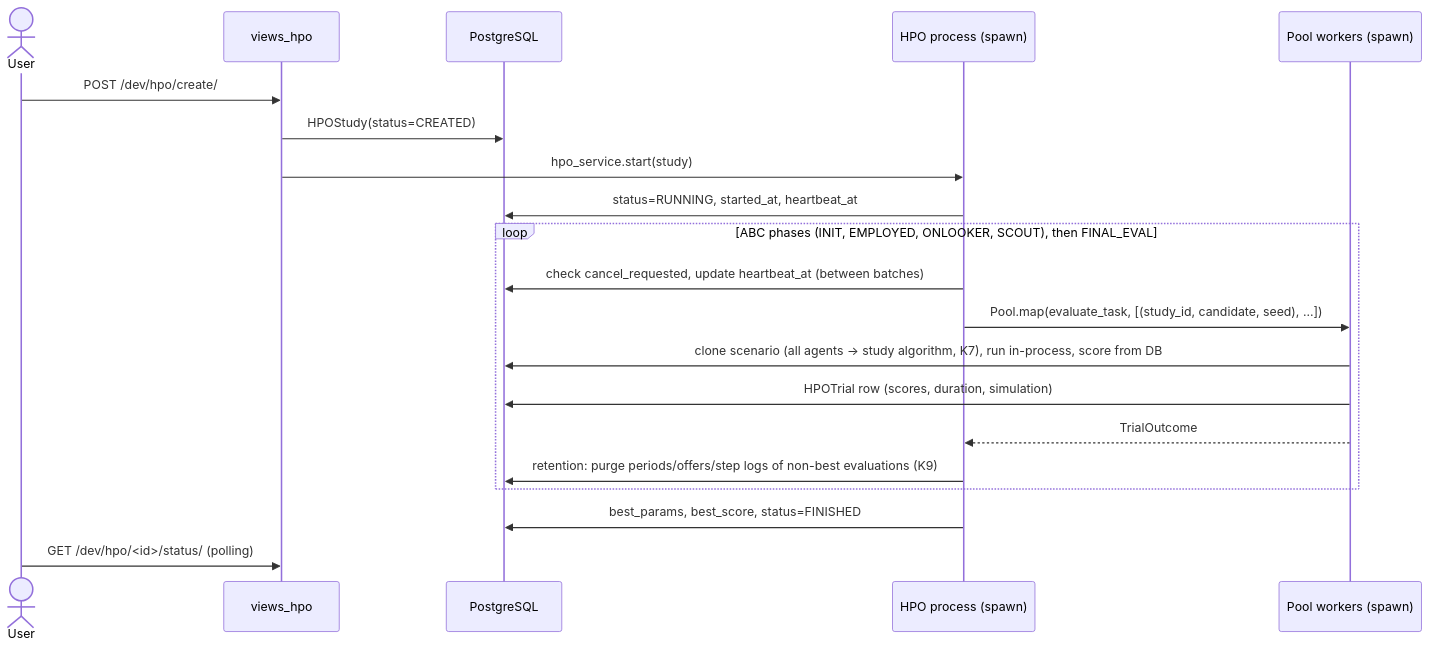
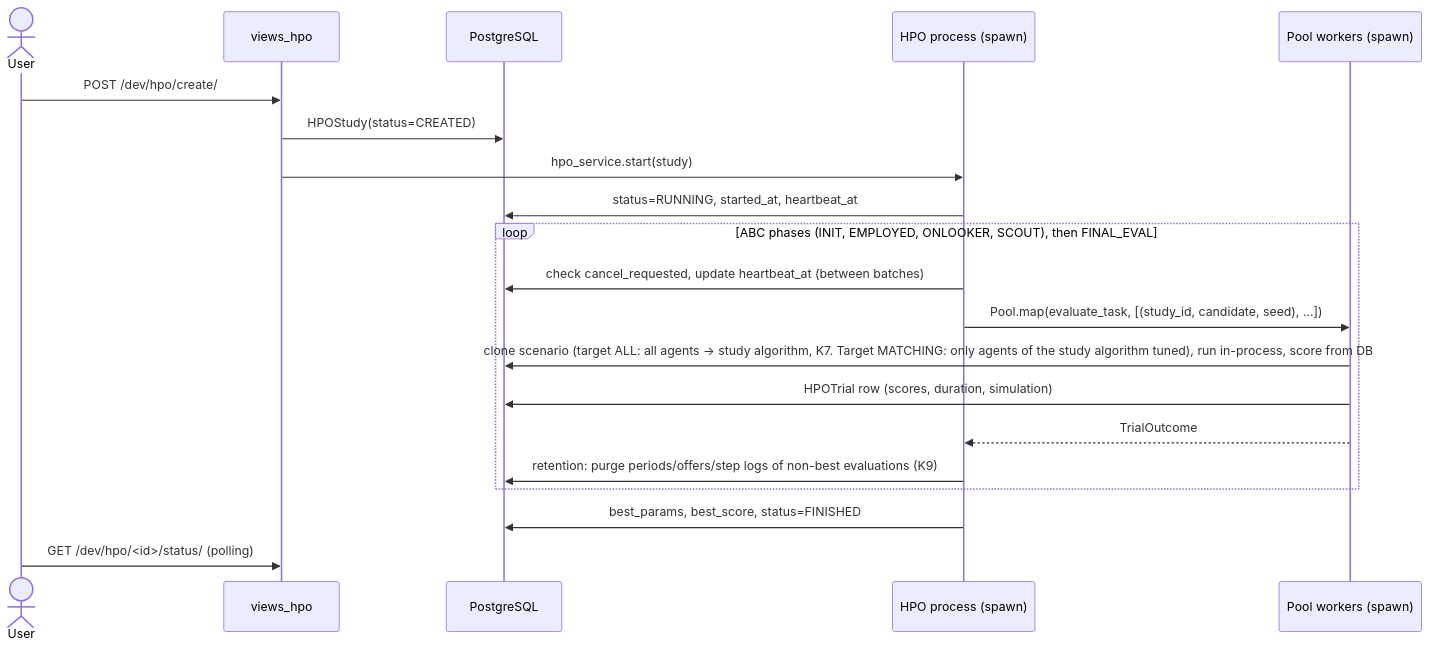
The fifth of 5 diagrams in ARCHITECTURE.md (Erdemhan/abmem_web), drawn with Mermaid before and after one commit. The commit also changed other lines of this file and 19 other files, not shown here.

First line of the commit message:
HPO target mode: tune all agents or only the agents of the study algorithm (PLAN 2.15)

````diff
--- a/ARCHITECTURE.md
+++ b/ARCHITECTURE.md
@@ -625,23 +626,23 @@
 ```mermaid
 sequenceDiagram
     actor U as User
     participant V as views_hpo
     participant DB as PostgreSQL
     participant P as HPO process (spawn)
     participant W as Pool workers (spawn)
 
     U->>V: POST /dev/hpo/create/
     V->>DB: HPOStudy(status=CREATED)
     V->>P: hpo_service.start(study)
     P->>DB: status=RUNNING, started_at, heartbeat_at
     loop ABC phases (INIT, EMPLOYED, ONLOOKER, SCOUT), then FINAL_EVAL
         P->>DB: check cancel_requested, update heartbeat_at (between batches)
         P->>W: Pool.map(evaluate_task, [(study_id, candidate, seed), ...])
-        W->>DB: clone scenario (all agents -> study algorithm, K7), run in-process, score from DB
+        W->>DB: clone scenario (target ALL: all agents -> study algorithm, K7. Target MATCHING: only agents of the study algorithm tuned), run in-process, score from DB
         W->>DB: HPOTrial row (scores, duration, simulation)
         W-->>P: TrialOutcome
         P->>DB: retention: purge periods/offers/step logs of non-best evaluations (K9)
     end
     P->>DB: best_params, best_score, status=FINISHED
     U->>V: GET /dev/hpo/<id>/status/ (polling)
 ```
````
